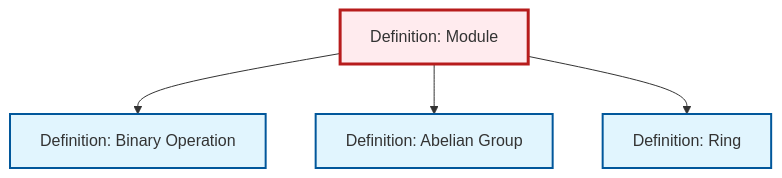
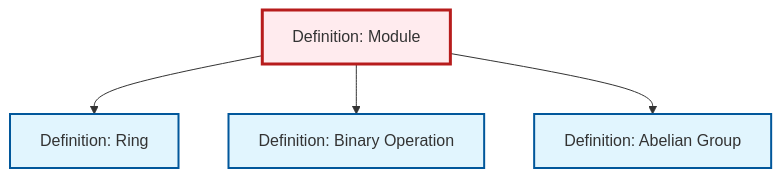
The diagram in content/ja/algebra/def-module.qmd (RK0429/ModernMath), drawn with Mermaid before and after one commit. The commit also changed other lines of this file and 497 other files, not shown here.

````diff
--- a/content/ja/algebra/def-module.qmd
+++ b/content/ja/algebra/def-module.qmd
@@ -56,20 +56,20 @@
 ```{mermaid}
 %%| fig-cap: "Local dependency graph"
 graph TD
     classDef definition fill:#e1f5fe,stroke:#01579b,stroke-width:2px
     classDef theorem fill:#f3e5f5,stroke:#4a148c,stroke-width:2px
     classDef axiom fill:#fff3e0,stroke:#e65100,stroke-width:2px
     classDef example fill:#e8f5e9,stroke:#1b5e20,stroke-width:2px
     classDef current fill:#ffebee,stroke:#b71c1c,stroke-width:3px
+    def-binary-operation["Definition: Binary Operation"]:::definition
     def-abelian-group["Definition: Abelian Group"]:::definition
     def-ring["Definition: Ring"]:::definition
-    def-binary-operation["Definition: Binary Operation"]:::definition
     def-module["Definition: Module"]:::definition
+    def-module --> def-ring
     def-module --> def-binary-operation
     def-module --> def-abelian-group
-    def-module --> def-ring
     class def-module current
+    click def-binary-operation "def-binary-operation.html" "Definition: Binary Operationへ"
     click def-abelian-group "def-abelian-group.html" "Definition: Abelian Groupへ"
     click def-ring "def-ring.html" "Definition: Ringへ"
-    click def-binary-operation "def-binary-operation.html" "Definition: Binary Operationへ"
 ```
````
